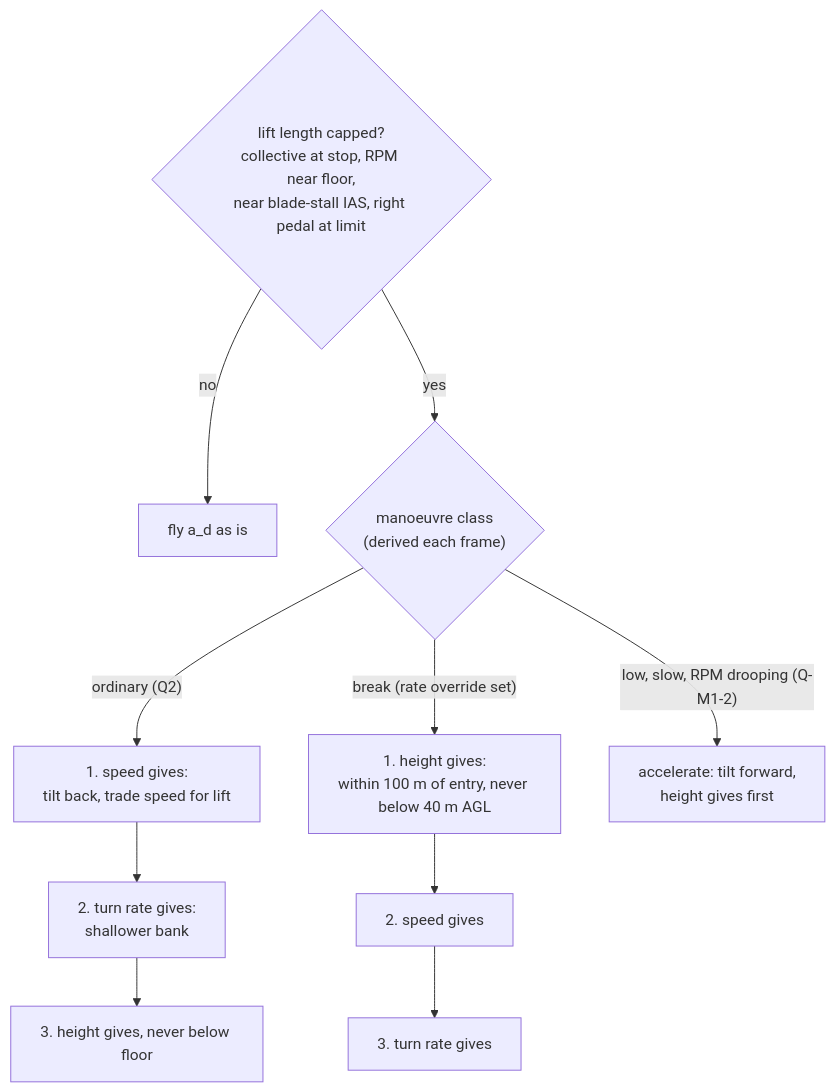
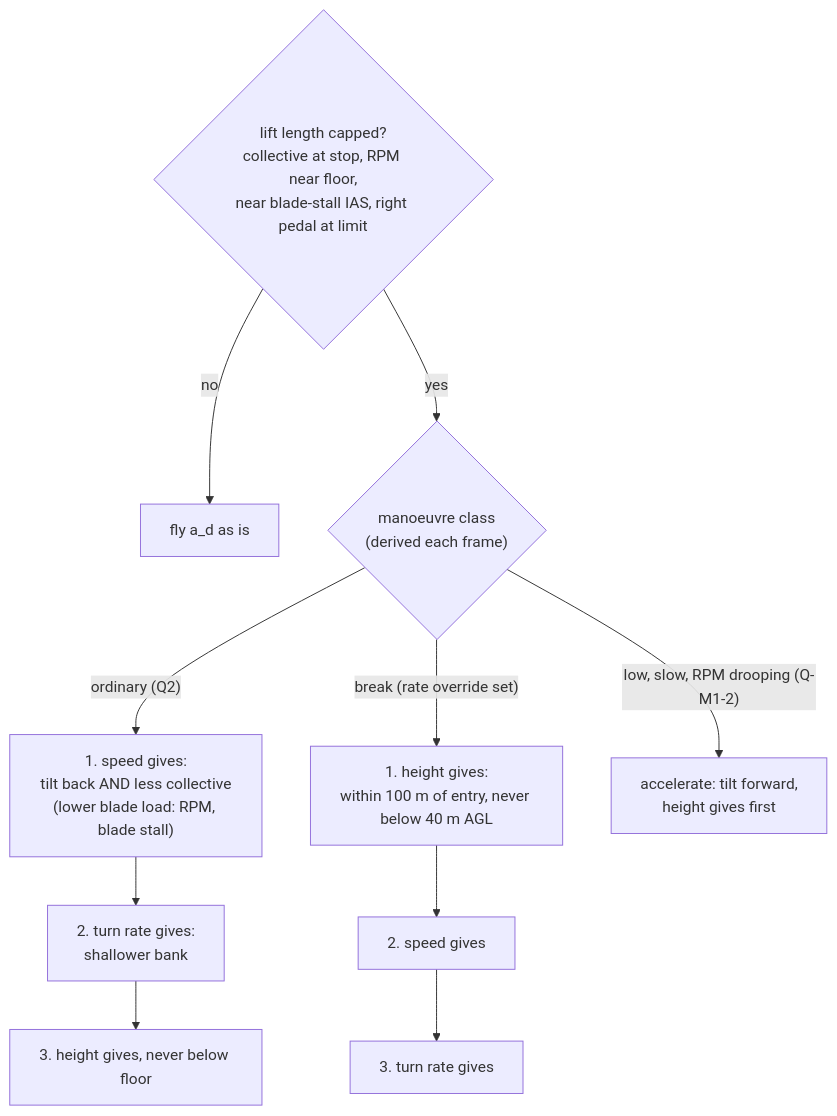
One commit to lightlyfallingrain/DCS-petrobrain changed the fourth of 6 diagrams in plans/flight-lift-vector/plan.md. Above: the diagram before and after it, drawn with Mermaid. The commit also changed other lines of this file and 1 other file, not shown here.

First line of the commit message:
BL-16 lift-vector law: slowing down is pitch back plus less collective (user)

````diff
--- a/plans/flight-lift-vector/plan.md
+++ b/plans/flight-lift-vector/plan.md
@@ -218,8 +218,8 @@
 ```mermaid
 flowchart TB
   L{"lift length capped?<br/>collective at stop, RPM near floor,<br/>near blade-stall IAS, right pedal at limit"} -- no --> N["fly a_d as is"]
   L -- yes --> C{"manoeuvre class<br/>(derived each frame)"}
-  C -- "ordinary (Q2)" --> O1["1. speed gives:<br/>tilt back, trade speed for lift"] --> O2["2. turn rate gives:<br/>shallower bank"] --> O3["3. height gives, never below floor"]
+  C -- "ordinary (Q2)" --> O1["1. speed gives:<br/>tilt back AND less collective<br/>(lower blade load: RPM, blade stall)"] --> O2["2. turn rate gives:<br/>shallower bank"] --> O3["3. height gives, never below floor"]
   C -- "break (rate override set)" --> B1["1. height gives:<br/>within 100 m of entry, never below 40 m AGL"] --> B2["2. speed gives"] --> B3["3. turn rate gives"]
   C -- "low, slow, RPM drooping (Q-M1-2)" --> R1["accelerate: tilt forward,<br/>height gives first"]
 ```
````
